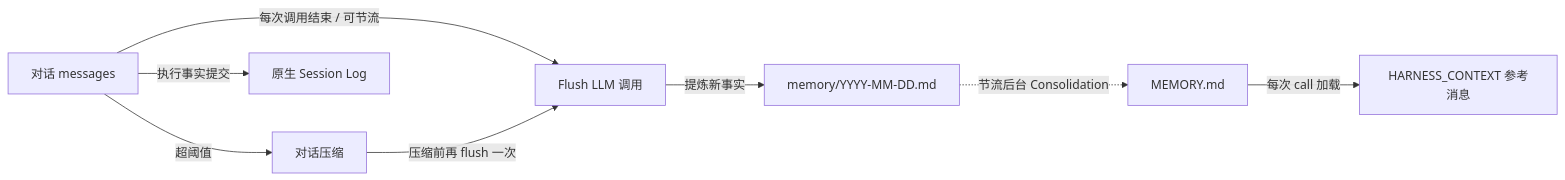
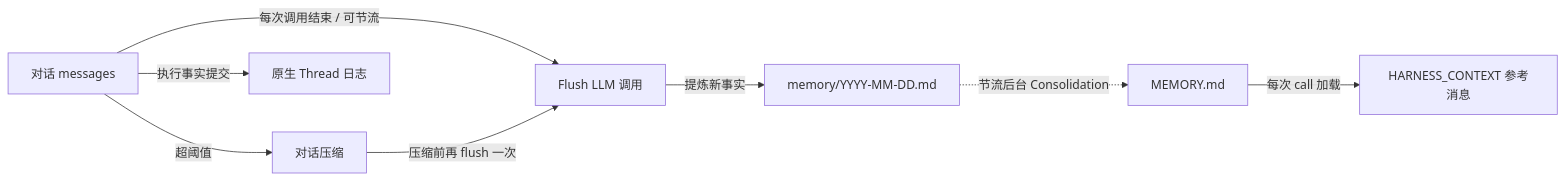
Before and after one commit to agentscope-ai/agentscope-java: the diagram in docs/v2/zh/docs/harness/memory.md, drawn with Mermaid. The commit also changed other lines of this file and 4515 other files, not shown here.

````diff
--- a/docs/v2/zh/docs/harness/memory.md
+++ b/docs/v2/zh/docs/harness/memory.md
@@ -34,11 +34,11 @@
 ```mermaid
 graph LR
     Conv["对话 messages"]
     Conv -->|每次调用结束 / 可节流| Flush["Flush LLM 调用"]
     Flush -->|提炼新事实| Daily["memory/YYYY-MM-DD.md"]
     Conv -->|超阈值| Compactor["对话压缩"]
-    Conv -->|执行事实提交| Sess["原生 Session Log"]
+    Conv -->|执行事实提交| Sess["原生 Thread 日志"]
     Compactor -->|压缩前再 flush 一次| Flush
     Daily -. 节流后台 Consolidation .-> MEM["MEMORY.md"]
     MEM -->|每次 call 加载| SYS["HARNESS_CONTEXT 参考消息"]
 ```
````
